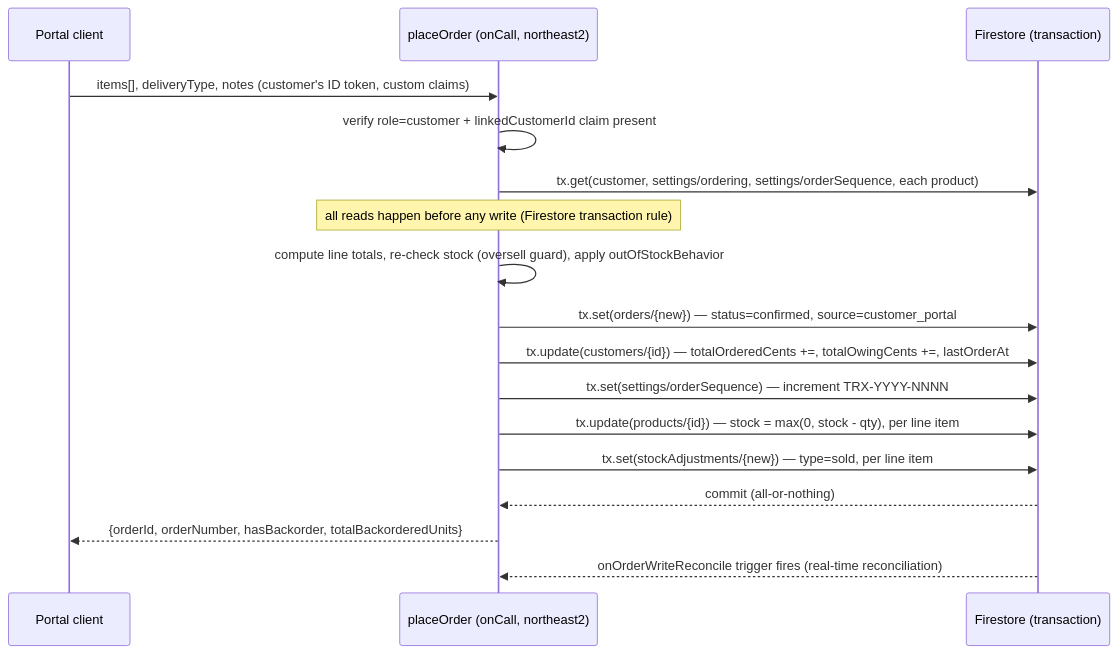
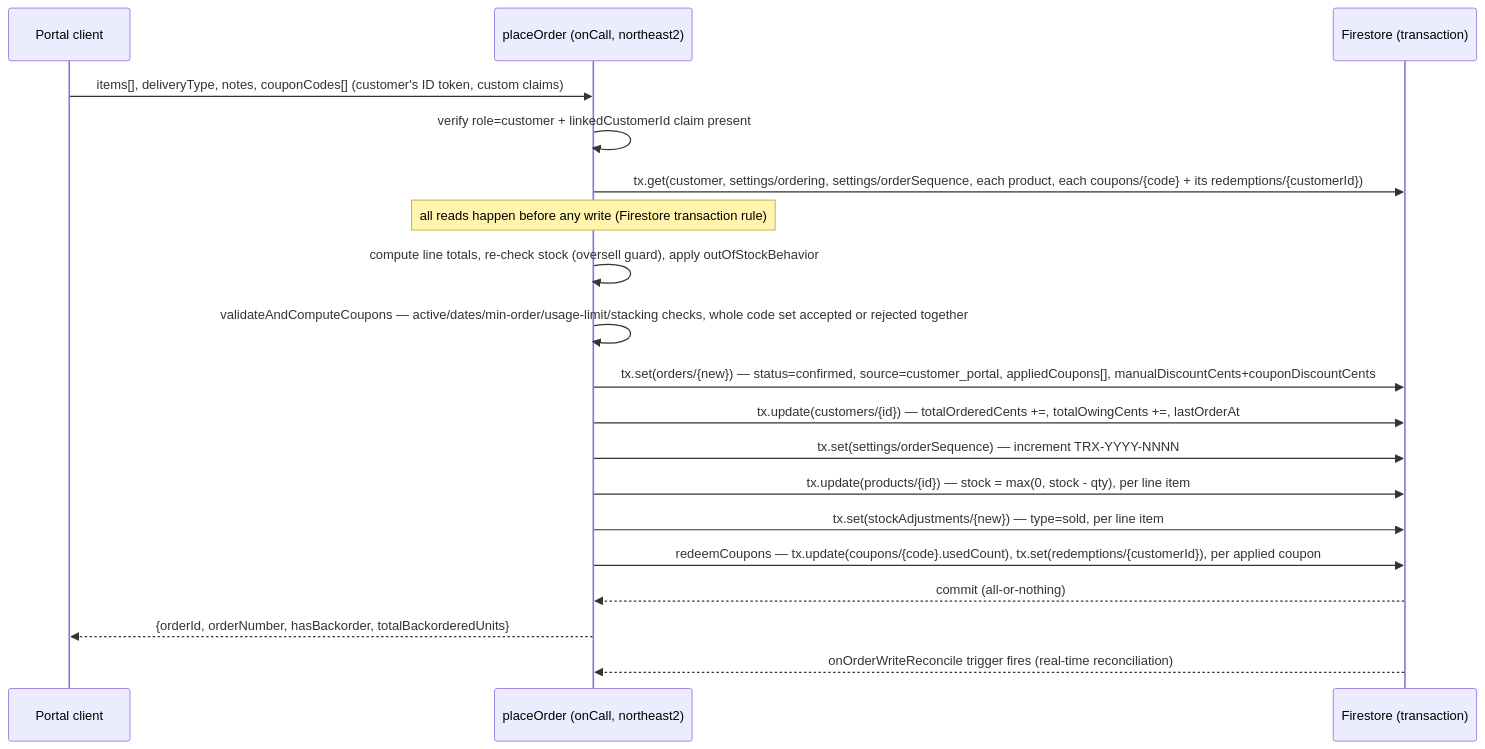
Before and after one commit to Sumayya-CC/tropx: the first of 3 diagrams in docs/ARCHITECTURE.md, drawn with Mermaid. The commit also changed other lines of this file and 33 other files, not shown here.

````diff
--- a/docs/ARCHITECTURE.md
+++ b/docs/ARCHITECTURE.md
@@ -106,20 +106,22 @@
 ```mermaid
 sequenceDiagram
     participant C as Portal client
     participant F as placeOrder (onCall, northeast2)
     participant DB as Firestore (transaction)
 
-    C->>F: items[], deliveryType, notes (customer's ID token, custom claims)
+    C->>F: items[], deliveryType, notes, couponCodes[] (customer's ID token, custom claims)
     F->>F: verify role=customer + linkedCustomerId claim present
-    F->>DB: tx.get(customer, settings/ordering, settings/orderSequence, each product)
+    F->>DB: tx.get(customer, settings/ordering, settings/orderSequence, each product, each coupons/{code} + its redemptions/{customerId})
     Note over F: all reads happen before any write (Firestore transaction rule)
     F->>F: compute line totals, re-check stock (oversell guard), apply outOfStockBehavior
-    F->>DB: tx.set(orders/{new}) — status=confirmed, source=customer_portal
+    F->>F: validateAndComputeCoupons — active/dates/min-order/usage-limit/stacking checks, whole code set accepted or rejected together
+    F->>DB: tx.set(orders/{new}) — status=confirmed, source=customer_portal, appliedCoupons[], manualDiscountCents+couponDiscountCents
     F->>DB: tx.update(customers/{id}) — totalOrderedCents +=, totalOwingCents +=, lastOrderAt
     F->>DB: tx.set(settings/orderSequence) — increment TRX-YYYY-NNNN
     F->>DB: tx.update(products/{id}) — stock = max(0, stock - qty), per line item
     F->>DB: tx.set(stockAdjustments/{new}) — type=sold, per line item
+    F->>DB: redeemCoupons — tx.update(coupons/{code}.usedCount), tx.set(redemptions/{customerId}), per applied coupon
     DB-->>F: commit (all-or-nothing)
     F-->>C: {orderId, orderNumber, hasBackorder, totalBackorderedUnits}
     DB-->>F: onOrderWriteReconcile trigger fires (real-time reconciliation)
 ```
````
